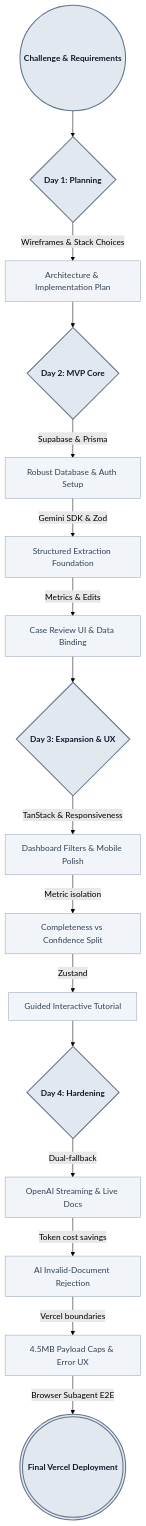
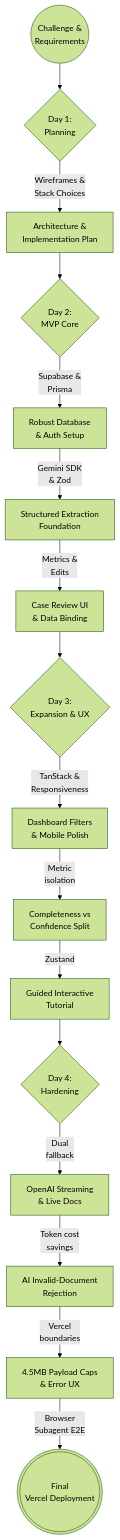
One commit to arizakevin/solum-health-TC changed the diagram in docs/DEVLOG.md. Above: the diagram before and after it, drawn with Mermaid (forest theme). The commit also changed 3 other files, not shown here.

Commit message:
fix(docs): enable math rendering via katex, fix mermaid dark mode contrast and text cutoff

````diff
--- a/docs/DEVLOG.md
+++ b/docs/DEVLOG.md
@@ -5,27 +5,22 @@
 ```mermaid
 flowchart TD
-    classDef milestone fill:#e2e8f0,stroke:#64748b,stroke-width:2px,color:#0f172a,font-weight:bold;
-    classDef task fill:#f1f5f9,stroke:#94a3b8,stroke-width:1px,color:#334155;
+    Start(("Challenge &<br/>Requirements")) --> Plan{"Day 1:<br/>Planning"}
+    
+    Plan --> |"Wireframes &<br/>Stack Choices"| Arch["Architecture &<br/>Implementation Plan"]
+    Arch --> MVP{"Day 2:<br/>MVP Core"}
+    
+    MVP --> |"Supabase &<br/>Prisma"| DB["Robust Database<br/>& Auth Setup"]
+    DB --> |"Gemini SDK<br/>& Zod"| Extract["Structured Extraction<br/>Foundation"]
+    Extract --> |"Metrics &<br/>Edits"| Review["Case Review UI<br/>& Data Binding"]
+    Review --> Expand{"Day 3:<br/>Expansion & UX"}
+    
+    Expand --> |"TanStack &<br/>Responsiveness"| Dash["Dashboard Filters<br/>& Mobile Polish"]
+    Dash --> |"Metric<br/>isolation"| Data["Completeness vs<br/>Confidence Split"]
+    Data --> |"Zustand"| Tour["Guided Interactive<br/>Tutorial"]
+    Tour --> Polish{"Day 4:<br/>Hardening"}
 
-    Start((Challenge & Requirements)) --> Plan{Day 1: Planning}
-    
-    Plan --> |Wireframes & Stack Choices| Arch[Architecture & Implementation Plan]:::task
-    Arch --> MVP{Day 2: MVP Core}
-    
-    MVP --> |Supabase & Prisma| DB[Robust Database & Auth Setup]:::task
-    DB --> |Gemini SDK & Zod| Extract[Structured Extraction Foundation]:::task
-    Extract --> |Metrics & Edits| Review[Case Review UI & Data Binding]:::task
-    Review --> Expand{Day 3: Expansion & UX}
-    
-    Expand --> |TanStack & Responsiveness| Dash[Dashboard Filters & Mobile Polish]:::task
-    Dash --> |Metric isolation| Data[Completeness vs Confidence Split]:::task
-    Data --> |Zustand| Tour[Guided Interactive Tutorial]:::task
-    Tour --> Polish{Day 4: Hardening}
-
-    Polish --> |Dual-fallback| OpenAI[OpenAI Streaming & Live Docs]:::task
-    OpenAI --> |Token cost savings| Filter[AI Invalid-Document Rejection]:::task
-    Filter --> |Vercel boundaries| UI[4.5MB Payload Caps & Error UX]:::task
-    UI --> |Browser Subagent E2E| Prod(((Final Vercel Deployment)))
-
-    class Start,Plan,MVP,Expand,Polish,Prod milestone;
+    Polish --> |"Dual<br/>fallback"| OpenAI["OpenAI Streaming<br/>& Live Docs"]
+    OpenAI --> |"Token cost<br/>savings"| Filter["AI Invalid-Document<br/>Rejection"]
+    Filter --> |"Vercel<br/>boundaries"| UI["4.5MB Payload Caps<br/>& Error UX"]
+    UI --> |"Browser<br/>Subagent E2E"| Prod((("Final<br/>Vercel Deployment")))
 ```
````
